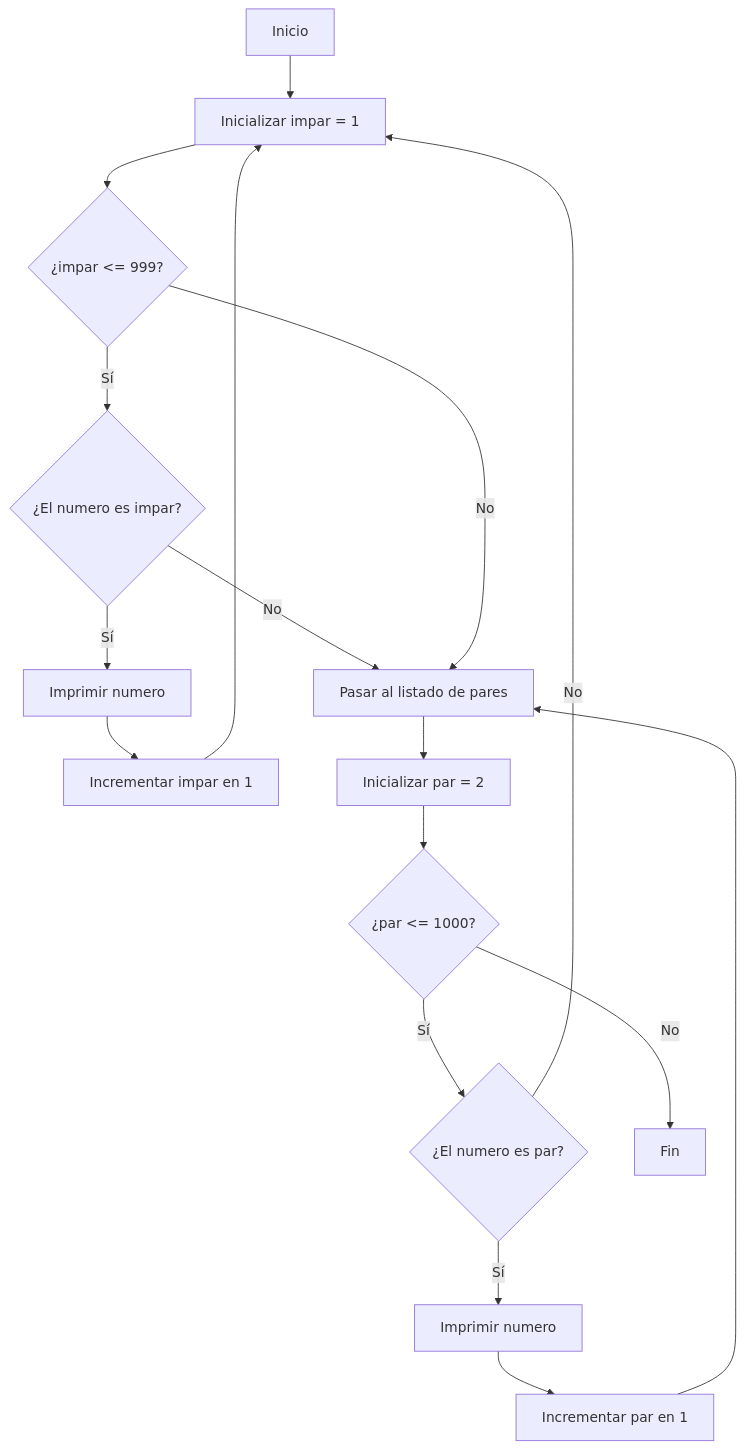
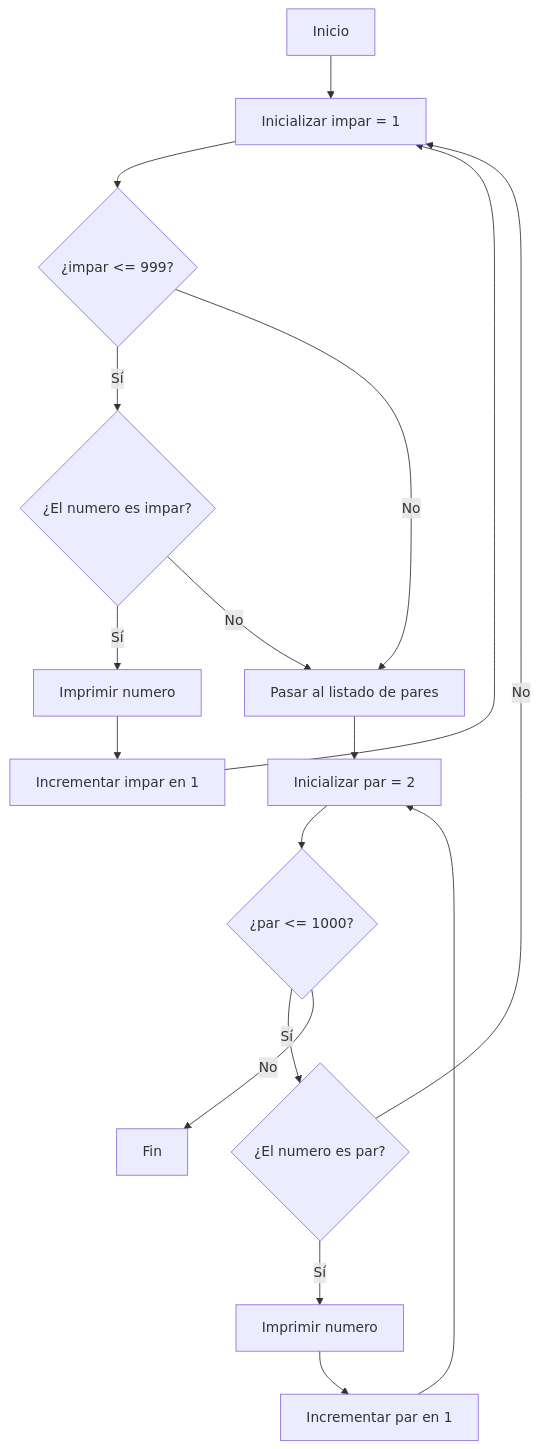
The second of 2 diagrams in README.md (jmarciales/Reto-N6), drawn with Mermaid before and after one commit.

````diff
--- a/README.md
+++ b/README.md
@@ -16,21 +16,21 @@
 ```mermaid
 flowchart TD
     A[Inicio] --> B[Inicializar impar = 1]
     B --> C{¿impar <= 999?}
     C -->|Sí| D{¿El numero es impar?}
     D -->|Sí| E[Imprimir numero]
     D -->|No| G[Pasar al listado de pares]
     E --> F[Incrementar impar en 1]
     F --> B
     C -->|No| G[Pasar al listado de pares]
     G --> H[Inicializar par = 2]
     H --> I{¿par <= 1000?}
     I -->|Sí| J{¿El numero es par?}
     J -->|Sí| K[Imprimir numero]
     K --> L[Incrementar par en 1]
-    L --> G
+    L --> H
     J -->|No| B[Inicializar impar = 1]
     I -->|No| M[Fin]
     
 
 ```
````
